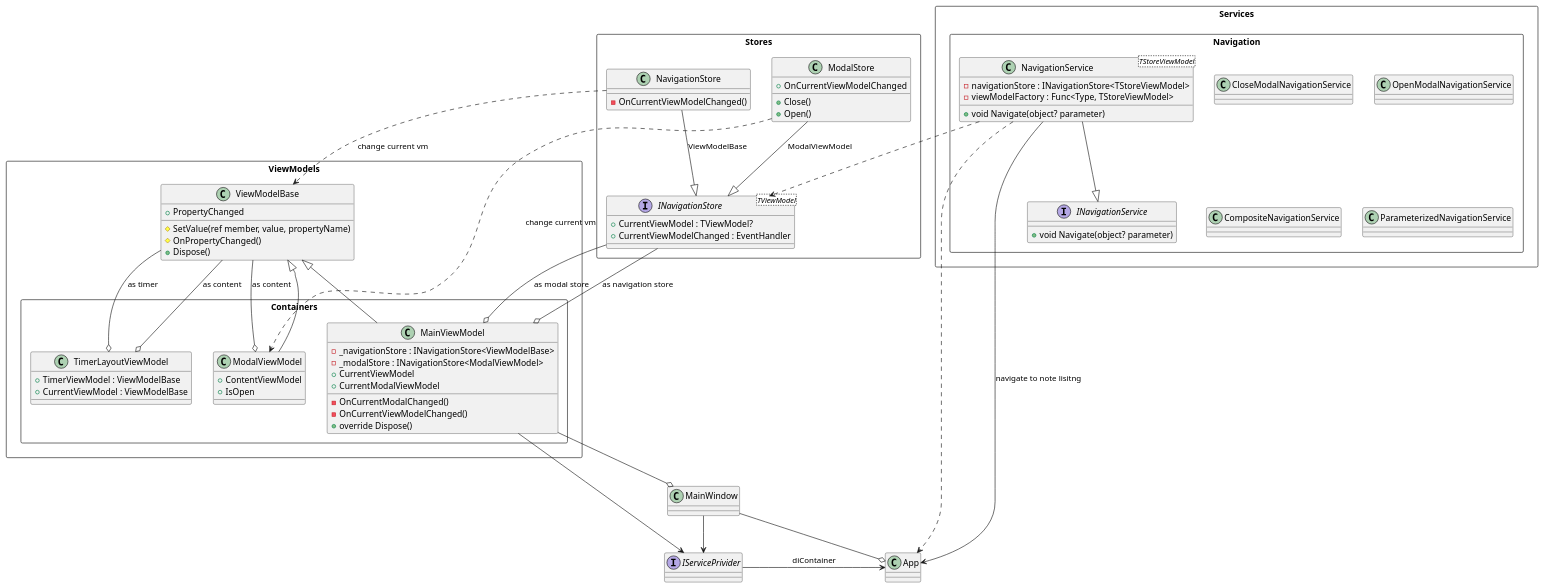
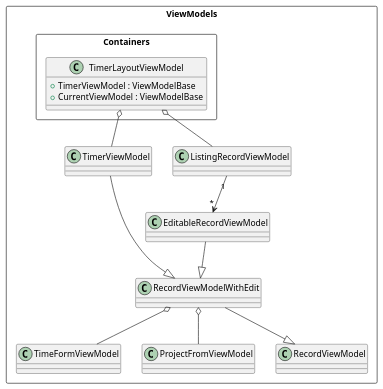
Before and after one commit to quaterni/TimaProject: the diagram in docs/class_diagrams/class.plantuml, drawn with PlantUML. The commit also changed 66 other files, not shown here.

Commit message:
added time validation, docs, base components move to external library

```diff
--- a/docs/class_diagrams/class.plantuml
+++ b/docs/class_diagrams/class.plantuml
@@ -1,118 +1,52 @@
 @startuml
 
-class "App" as app
-interface "IServicePrivider" as di
-di -> app :diContainer
-
-class "MainWindow" as mainWindow
-
 rectangle ViewModels {
-        class "ViewModelBase" as vm {
-            # SetValue(ref member, value, propertyName)
-            + PropertyChanged
-            # OnPropertyChanged()
-            + Dispose()
-        }
 
     rectangle Containers {
-        class "MainViewModel" as mainVM {
-            - _navigationStore : INavigationStore<ViewModelBase>
-            - _modalStore : INavigationStore<ModalViewModel>
-            + CurrentViewModel
-            + CurrentModalViewModel
-            - OnCurrentModalChanged()
-            - OnCurrentViewModelChanged()
-            + override Dispose()
-        }
-
-        class "ModalViewModel" as modalVM {
-            + ContentViewModel
-            + IsOpen
-        }
-
         class "TimerLayoutViewModel" as timerLayout {
             + TimerViewModel : ViewModelBase
             + CurrentViewModel : ViewModelBase
         }
-
-        mainVM --o mainWindow
-        mainVM --> di
-        modalVM --|> vm
-        vm --o modalVM : as content
-        vm --o timerLayout :as timer
-        vm --o timerLayout :as content
     }
 
-}
-
-
-mainWindow --o app
-mainWindow --> di
-
-
-rectangle "Services" {
-
-    rectangle "Navigation" {
-
-        class "NavigationService<TStoreViewModel>" as navService{
-            - navigationStore : INavigationStore<TStoreViewModel>
-            - viewModelFactory : Func<Type, TStoreViewModel>
-            + void Navigate(object? parameter)
-        }
-
-        interface "INavigationService" as InavService {
-            + void Navigate(object? parameter)
-        }
-
-        class CloseModalNavigationService
-        class OpenModalNavigationService
-        class CompositeNavigationService
-        class ParameterizedNavigationService
+    class "TimerViewModel" as timerVM{
 
     }
 
-}
+    class "TimeFormViewModel" as timeForm{
 
-
-rectangle Stores {
-    interface "INavigationStore<TViewModel>" as InavStore {
-        + CurrentViewModel : TViewModel?
-        + CurrentViewModelChanged : EventHandler
     }
 
-    class "NavigationStore" as navStore {
-        - OnCurrentViewModelChanged()
+    class "ProjectFromViewModel" as projectForm{
+
     }
 
-    class "ModalStore" as modalStore {
-        + Close()
-        + Open()
-        + OnCurrentViewModelChanged
+    class "RecordViewModelWithEdit" as recordEdit{
+
     }
 
-    navStore --|> InavStore :ViewModelBase
-    modalStore --|> InavStore :ModalViewModel
-    navStore ..> vm :change current vm
-    
-    InavStore --o mainVM : as navigation store
-    InavStore --o mainVM : as modal store
+    class "RecordViewModel" as recordVM{
 
-    modalStore ..> modalVM :change current vm
+    }
+
+    class "EditableRecordViewModel" as editableRecordVM{
+
+    }
+
+    class "ListingRecordViewModel" as listing {
+
+    }
+    timerVM --|> recordEdit
+    recordEdit --|> recordVM
+    editableRecordVM --|> recordEdit
+
+    timerLayout o-- timerVM
+    recordEdit o-- timeForm
+    recordEdit o-- projectForm
+
+    timerLayout o-- listing
+
+    listing "1"  --> "*" editableRecordVM
 
 }
-
-
-
-
-navService ..> InavStore
-
-
-navService --> app : "navigate to note lisitng"
-
-navService ..> app
-
-navService --|> InavService
-
-mainVM --|> vm
-
 @enduml
```
